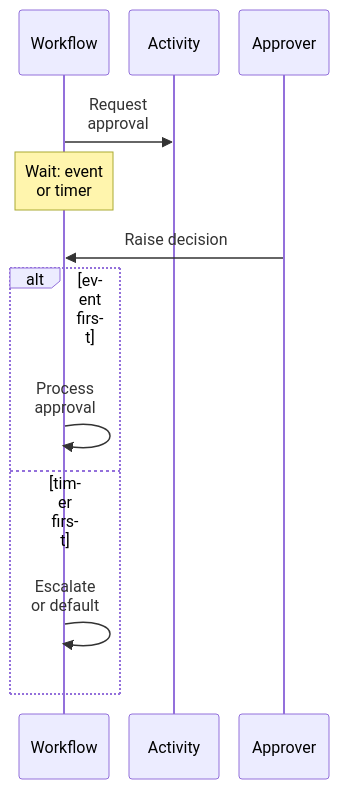
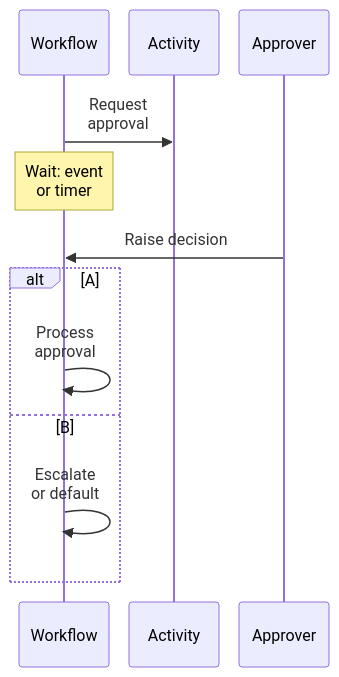
Before and after one commit to yeongseon/azure-functions-practical-guide: the sixth of 6 diagrams in docs/platform/durable-functions.md, drawn with Mermaid. The commit also changed other lines of this file and 1 other file, not shown here.

Commit message:
docs(diagrams): clarify Durable approval branches and provider support
Use keyed approval conditions to avoid fragmented sequence labels and qualify
provider feature support without changing the other five diagram bodies.
Refresh only the affected owned manifest record.

Refs #246

````diff
--- a/docs/platform/durable-functions.md
+++ b/docs/platform/durable-functions.md
@@ -231,17 +231,17 @@
 ```mermaid
 %%{init: {"sequence": {"width": 90, "actorMargin": 20, "diagramMarginX": 10, "wrap": false}}}%%
 sequenceDiagram
     accTitle: Human response or durable timeout
     accDescr: An orchestrator requests approval through an activity and waits for an external event alongside a durable timer. It processes an approval arriving before timeout, or escalates or applies a default when the timer wins. Messages summarize logical API operations, not direct network calls to orchestrator code.
     participant Orc as Workflow
     participant Act as Activity
     participant App as Approver
     Orc->>Act: Request<br/>approval
     Note over Orc: Wait: event<br/>or timer
     App->>Orc: Raise decision
-    alt event first
+    alt A
         Orc->>Orc: Process<br/>approval
-    else timer first
+    else B
         Orc->>Orc: Escalate<br/>or default
     end
 ```
````
